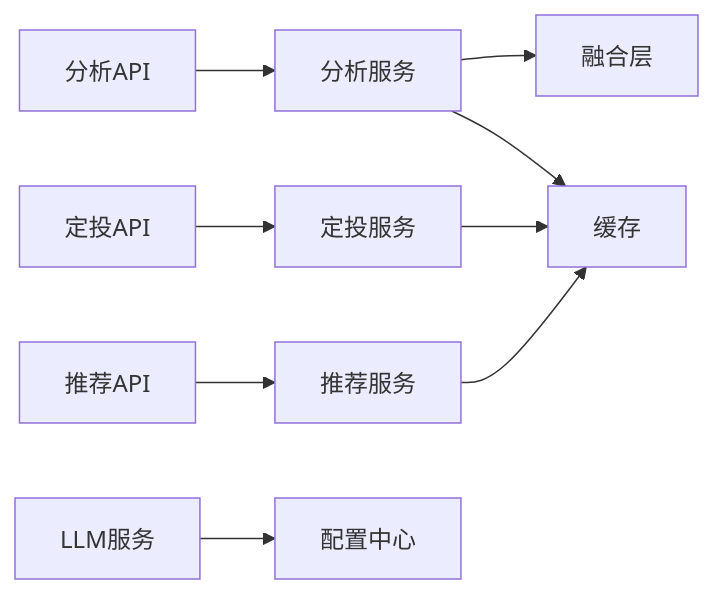
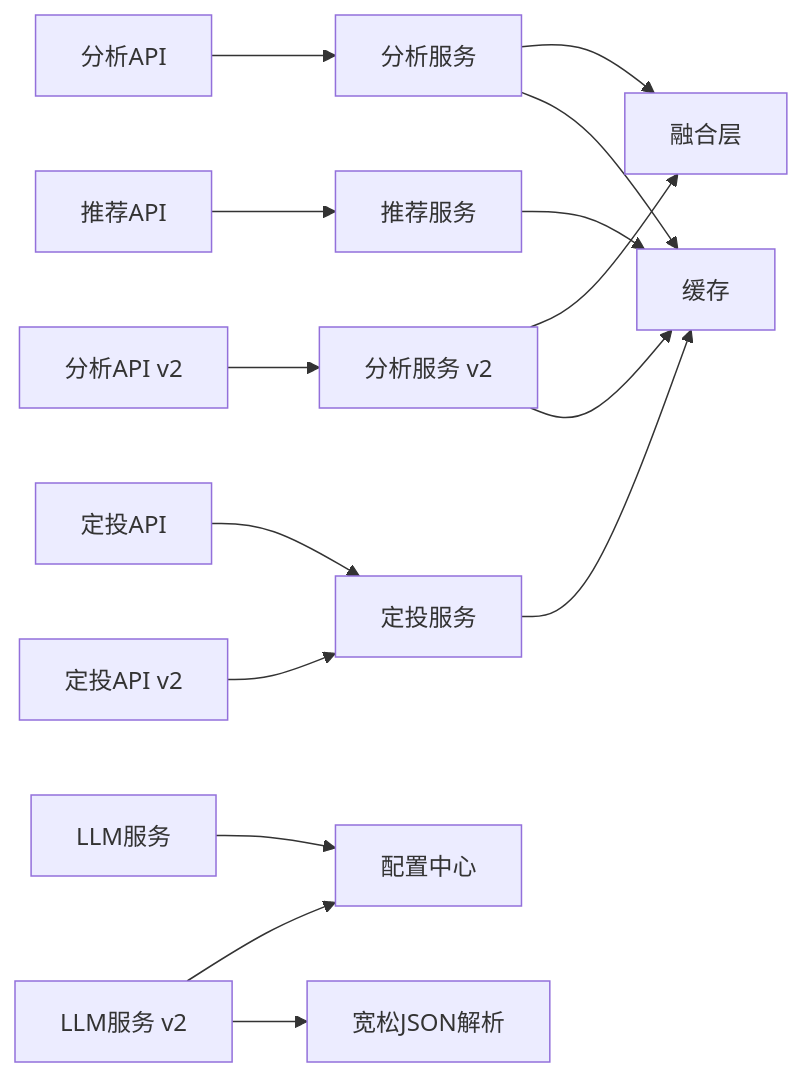
Before and after one commit to youkell85/FundTrader: the tenth of 10 diagrams in .qoder/repowiki/zh/content/核心功能模块/AI分析服务.md, drawn with Mermaid. The commit also changed other lines of this file and 11 other files, not shown here.

````diff
--- a/.qoder/repowiki/zh/content/核心功能模块/AI分析服务.md
+++ b/.qoder/repowiki/zh/content/核心功能模块/AI分析服务.md
@@ -318,11 +427,17 @@
 ```mermaid
 graph LR
 API_A["分析API"] --> SVC_A["分析服务"]
+API_AV2["分析API v2"] --> SVC_AV2["分析服务 v2"]
 API_R["推荐API"] --> SVC_RE["推荐服务"]
 API_D["定投API"] --> SVC_D["定投服务"]
+API_DV2["定投API v2"] --> SVC_D
 SVC_A --> DATA_F["融合层"]
 SVC_RE --> CACHE["缓存"]
 SVC_D --> CACHE
 SVC_A --> CACHE
+SVC_AV2 --> DATA_F
+SVC_AV2 --> CACHE
 SVC_L["LLM服务"] --> CFG["配置中心"]
+SVC_LV2["LLM服务 v2"] --> CFG
+SVC_LV2 --> LENIENT["宽松JSON解析"]
 ```
````
